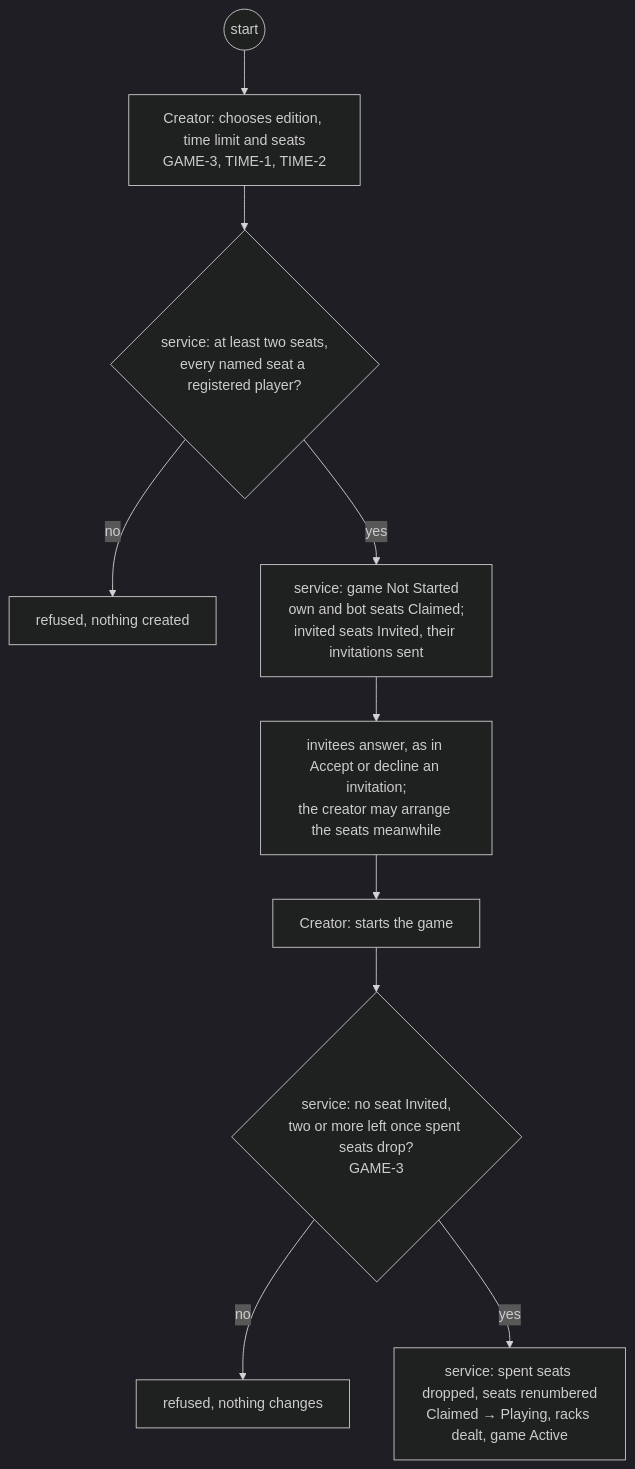
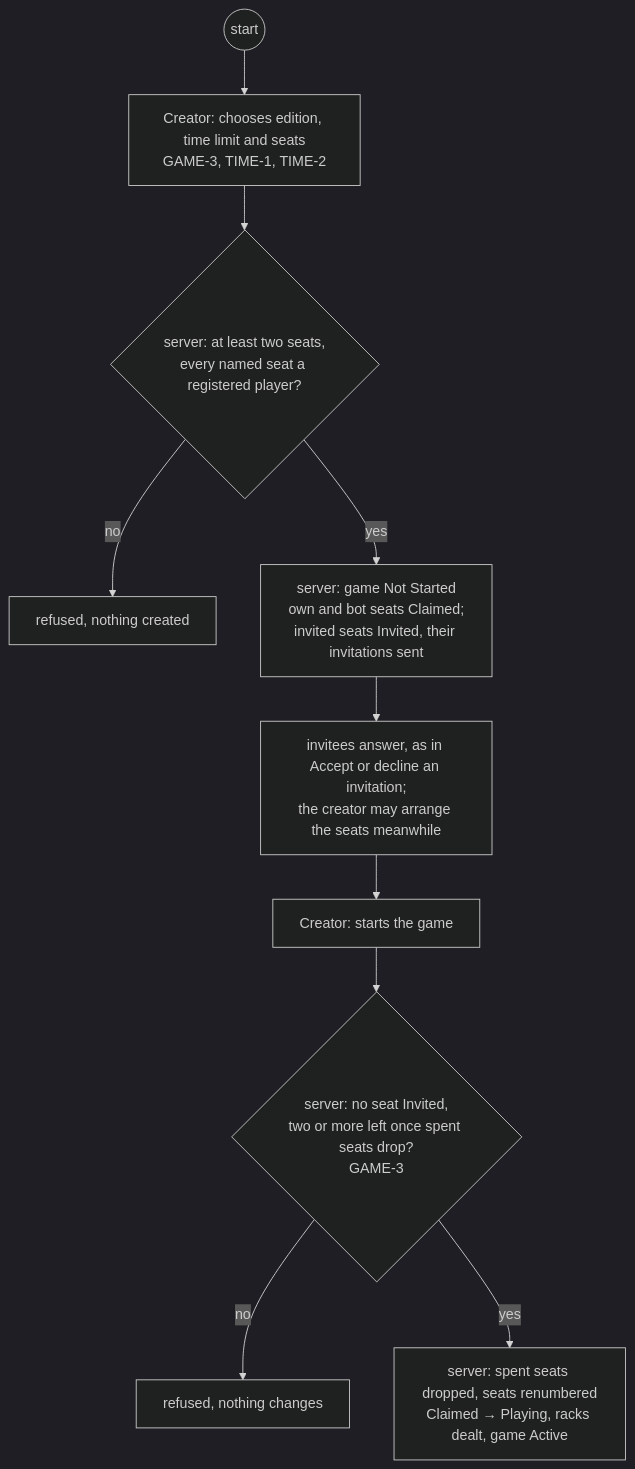
Before and after one commit to delphside/programme: the eighth of 29 diagrams in docs/changes/workstreams/application-game-architecture/71-one-game-model/71-functional.md, drawn with Mermaid (dark theme). The commit also changed other lines of this file, not shown here.

First line of the commit message:
app 0.9.2 api 2.16: 71: Tile Lite Elite Server, server steps, and question references name #71

````diff
--- a/docs/changes/workstreams/application-game-architecture/71-one-game-model/71-functional.md
+++ b/docs/changes/workstreams/application-game-architecture/71-one-game-model/71-functional.md
@@ -188,12 +188,12 @@
 ```mermaid
 flowchart TD
   s0((start)) --> c1["Creator: chooses edition, time limit and seats<br/>GAME-3, TIME-1, TIME-2"]
-  c1 --> v1{"service: at least two seats,<br/>every named seat a registered player?"}
+  c1 --> v1{"server: at least two seats,<br/>every named seat a registered player?"}
   v1 -- no --> r1["refused, nothing created"]
-  v1 -- yes --> t1["service: game Not Started<br/>own and bot seats Claimed;<br/>invited seats Invited, their invitations sent"]
+  v1 -- yes --> t1["server: game Not Started<br/>own and bot seats Claimed;<br/>invited seats Invited, their invitations sent"]
   t1 --> i1["invitees answer, as in Accept or decline an invitation;<br/>the creator may arrange the seats meanwhile"]
   i1 --> c3["Creator: starts the game"]
-  c3 --> v2{"service: no seat Invited,<br/>two or more left once spent seats drop?<br/>GAME-3"}
+  c3 --> v2{"server: no seat Invited,<br/>two or more left once spent seats drop?<br/>GAME-3"}
   v2 -- no --> r2["refused, nothing changes"]
-  v2 -- yes --> t4["service: spent seats dropped, seats renumbered<br/>Claimed → Playing, racks dealt, game Active"]
+  v2 -- yes --> t4["server: spent seats dropped, seats renumbered<br/>Claimed → Playing, racks dealt, game Active"]
 ```
````
